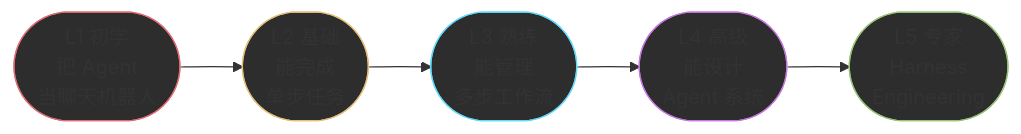
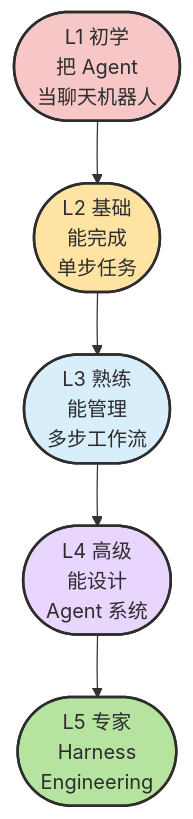
The tenth of 10 diagrams in docs/chapters/ch10-collaboration.md (zht043/AgenticCodingTutorial), drawn with Mermaid before and after one commit. The commit also changed other lines of this file and 26 other files, not shown here.

````diff
--- a/docs/chapters/ch10-collaboration.md
+++ b/docs/chapters/ch10-collaboration.md
@@ -585,16 +589,16 @@
 ```mermaid
-flowchart LR
-    classDef l1 fill:#2d2d2d,stroke:#e06c75
-    classDef l2 fill:#2d2d2d,stroke:#e5c07b
-    classDef l3 fill:#2d2d2d,stroke:#61dafb
-    classDef l4 fill:#2d2d2d,stroke:#c678dd
-    classDef l5 fill:#2d2d2d,stroke:#98c379
+flowchart TD
+    classDef l1 fill:#f7c6c7,stroke:#2d2d2d,stroke-width:2px,color:#2d2d2d
+    classDef l2 fill:#ffe3a3,stroke:#2d2d2d,stroke-width:2px,color:#2d2d2d
+    classDef l3 fill:#d8eefb,stroke:#2d2d2d,stroke-width:2px,color:#2d2d2d
+    classDef l4 fill:#e8d6ff,stroke:#2d2d2d,stroke-width:2px,color:#2d2d2d
+    classDef l5 fill:#b7e3a1,stroke:#2d2d2d,stroke-width:2px,color:#2d2d2d
 
     L1(["L1 初学<br/>把 Agent<br/>当聊天机器人"]):::l1
     L2(["L2 基础<br/>能完成<br/>单步任务"]):::l2
     L3(["L3 熟练<br/>能管理<br/>多步工作流"]):::l3
     L4(["L4 高级<br/>能设计<br/>Agent 系统"]):::l4
     L5(["L5 专家<br/>Harness<br/>Engineering"]):::l5
 
     L1 --> L2 --> L3 --> L4 --> L5
 ```
````
